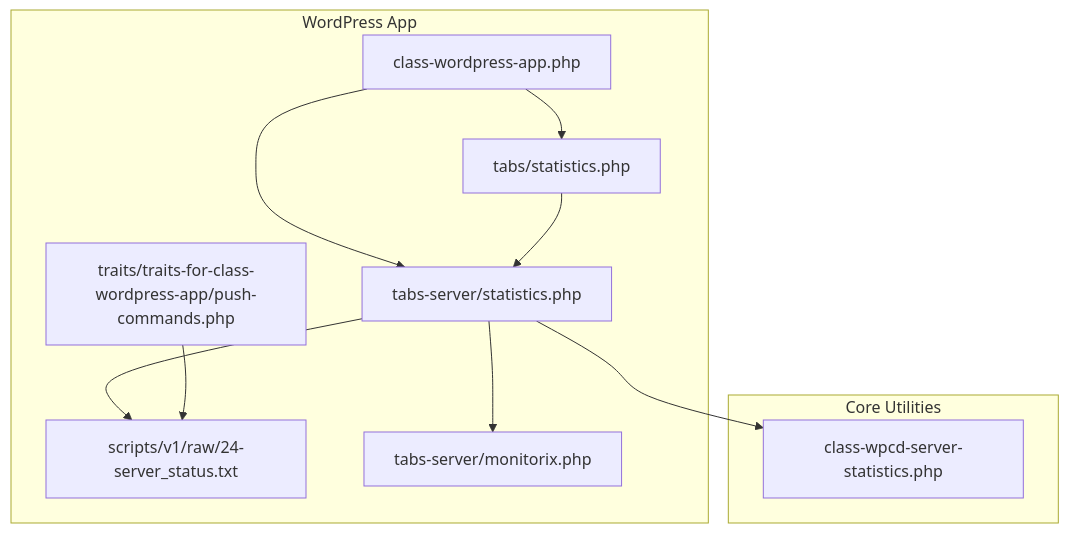
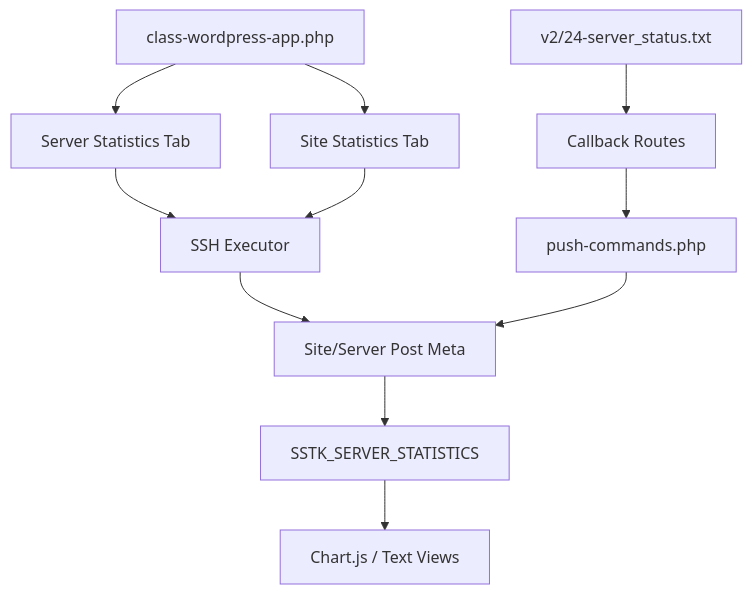
Before and after one commit to onedogsolutions/simple-stack: the first of 2 diagrams in .qoder/repowiki/en/content/Logging & Monitoring/System Monitoring & Metrics/System Monitoring & Metrics.md, drawn with Mermaid. The commit also changed other lines of this file and 5941 other files, not shown here.

````diff
--- a/.qoder/repowiki/en/content/Logging & Monitoring/System Monitoring & Metrics/System Monitoring & Metrics.md
+++ b/.qoder/repowiki/en/content/Logging & Monitoring/System Monitoring & Metrics/System Monitoring & Metrics.md
@@ -45,21 +50,13 @@
 ```mermaid
 graph TB
-subgraph "WordPress App"
-WPApp["class-wordpress-app.php"]
-SiteStats["tabs/statistics.php"]
-SrvStats["tabs-server/statistics.php"]
-StatusScript["scripts/v1/raw/24-server_status.txt"]
-PushCmds["traits/traits-for-class-wordpress-app/push-commands.php"]
-Monitorix["tabs-server/monitorix.php"]
-end
-subgraph "Core Utilities"
-StatsFmt["class-wpcd-server-statistics.php"]
-end
-WPApp --> SiteStats
-WPApp --> SrvStats
-SrvStats --> StatsFmt
-SiteStats --> SrvStats
-SrvStats --> StatusScript
-PushCmds --> StatusScript
-SrvStats --> Monitorix
+    Bootstrap["class-wordpress-app.php"] --> SiteTab["Site Statistics Tab"]
+    Bootstrap --> ServerTab["Server Statistics Tab"]
+    ServerTab --> SSH["SSH Executor"]
+    SiteTab --> SSH
+    SSH --> Meta["Site/Server Post Meta"]
+    Meta --> Formatter["SSTK_SERVER_STATISTICS"]
+    Formatter --> Charts["Chart.js / Text Views"]
+    StatusScript["v2/24-server_status.txt"] --> Callbacks["Callback Routes"]
+    Callbacks --> PushCommands["push-commands.php"]
+    PushCommands --> Meta
 ```
````
